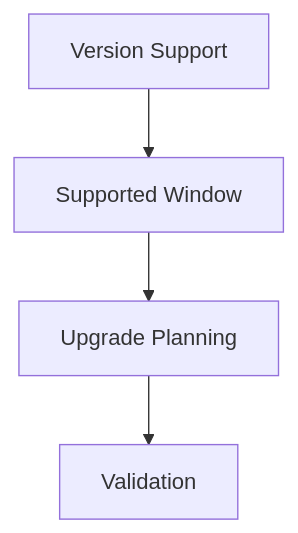
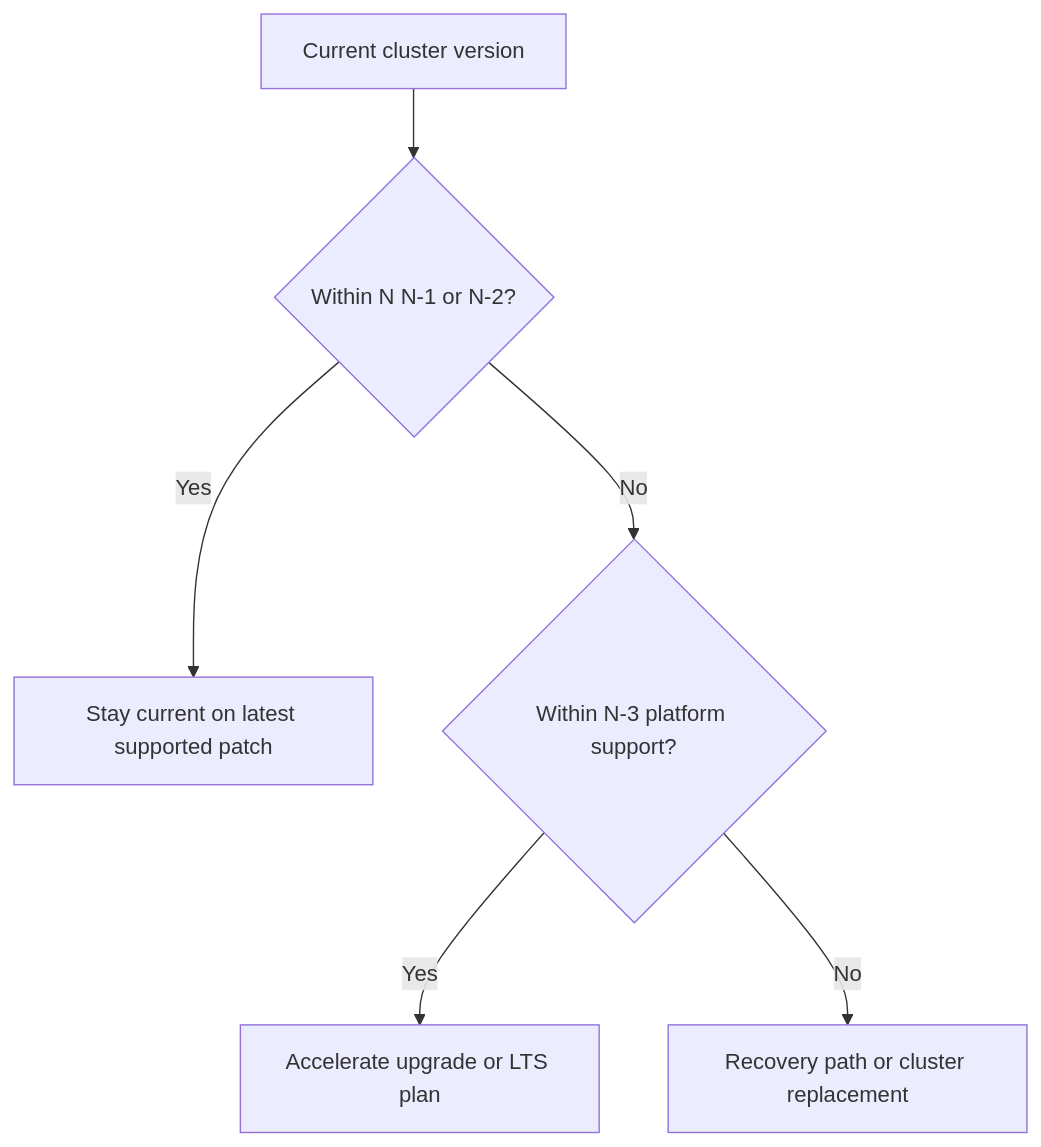
One commit to yeongseon/azure-kubernetes-service-practical-guide changed the diagram in docs/reference/version-support.md. Above: the diagram before and after it, drawn with Mermaid. The commit also changed other lines of this file and 14 other files, not shown here.

Commit message:
docs: add AKS version lifecycle, auto-upgrade, and maintenance operations content (#10) (#56)

````diff
--- a/docs/reference/version-support.md
+++ b/docs/reference/version-support.md
@@ -23,6 +21,8 @@
 ```mermaid
 flowchart TD
-    A[Version Support] --> B[Supported Window]
-    B --> C[Upgrade Planning]
-    C --> D[Validation]
+    A[Current cluster version] --> B{Within N N-1 or N-2?}
+    B -->|Yes| C[Stay current on latest supported patch]
+    B -->|No| D{Within N-3 platform support?}
+    D -->|Yes| E[Accelerate upgrade or LTS plan]
+    D -->|No| F[Recovery path or cluster replacement]
 ```
````
